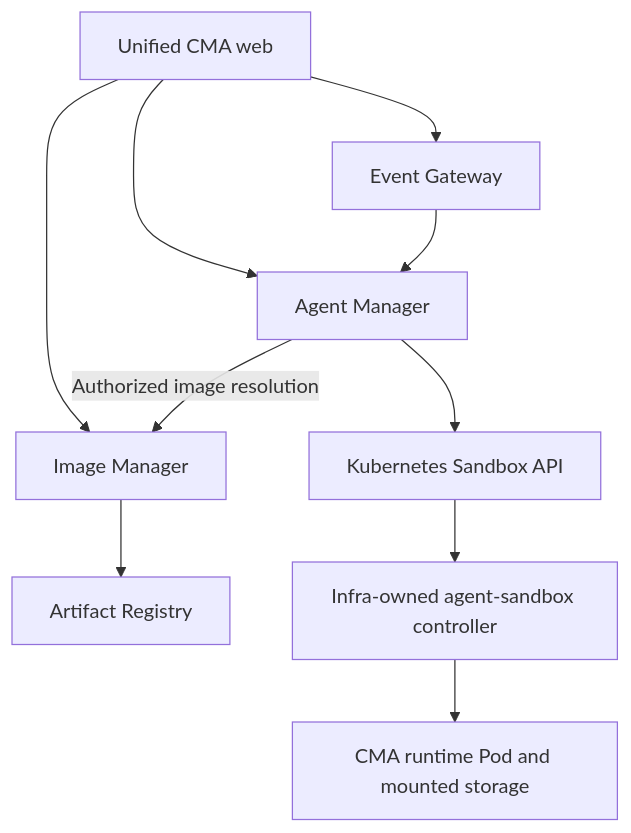
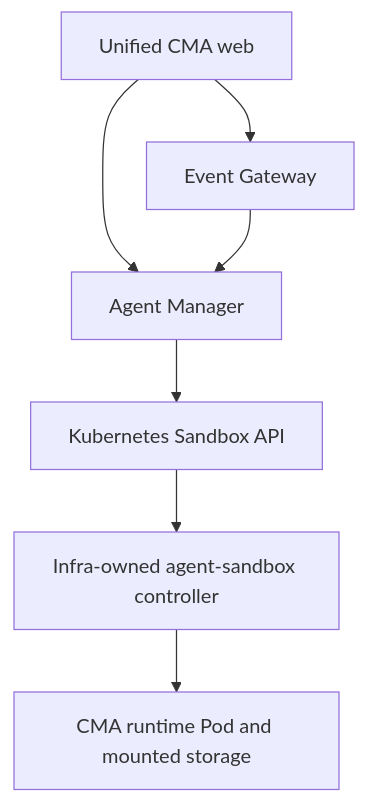
One commit to ChronoAIProject/cma changed the diagram in docs/CMA_Service_Split.md. Above: the diagram before and after it, drawn with Mermaid. The commit also changed other lines of this file and 22 other files, not shown here.

````diff
--- a/docs/CMA_Service_Split.md
+++ b/docs/CMA_Service_Split.md
@@ -27,12 +26,9 @@
 ```mermaid
 flowchart TD
     Web[Unified CMA web] --> EG[Event Gateway]
     Web --> AM[Agent Manager]
-    Web --> IM[Image Manager]
     EG --> AM
-    AM -->|Authorized image resolution| IM
-    IM --> Registry[Artifact Registry]
     AM --> API[Kubernetes Sandbox API]
     API --> Controller[Infra-owned agent-sandbox controller]
     Controller --> Runtime[CMA runtime Pod and mounted storage]
 ```
````
